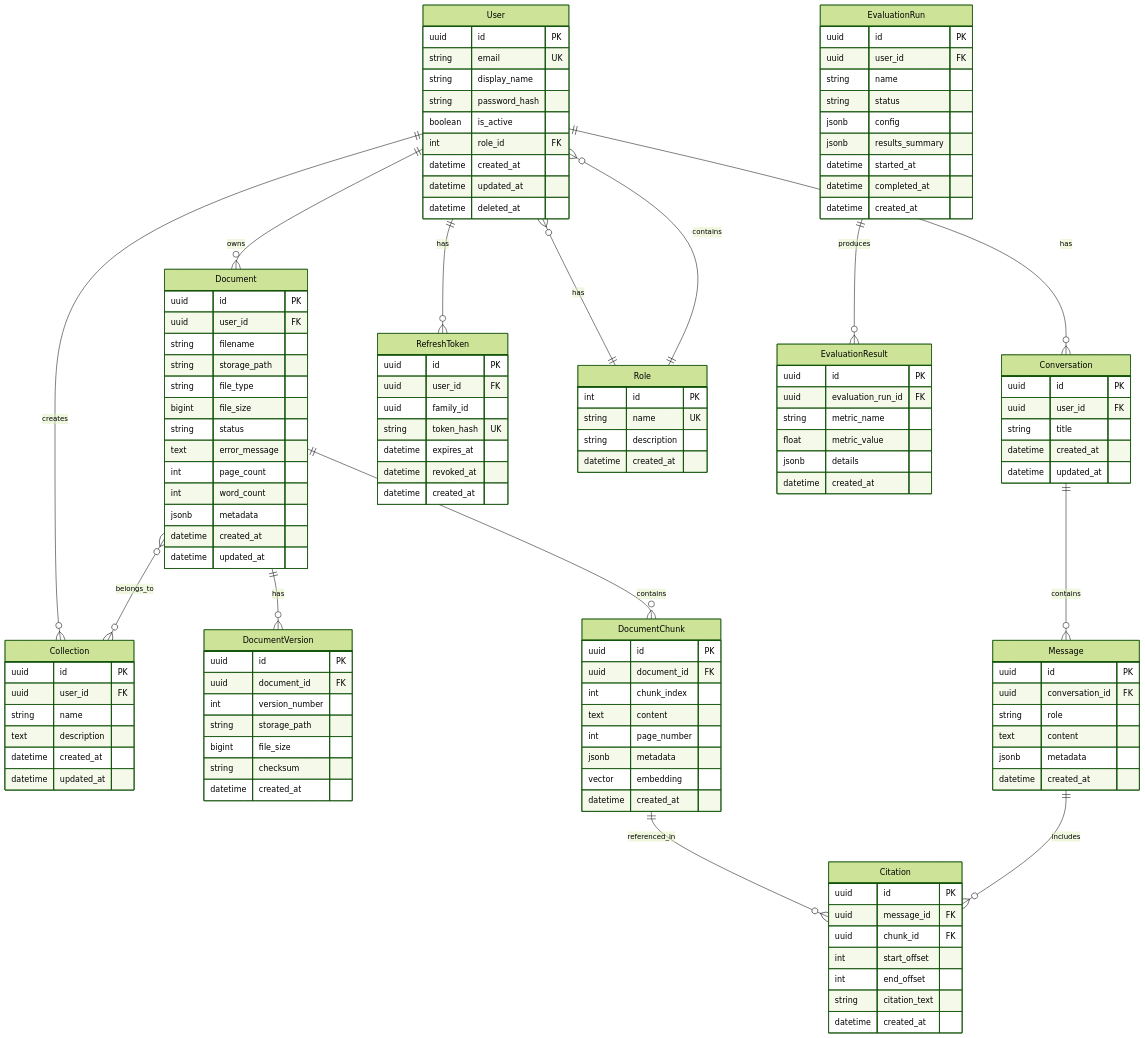
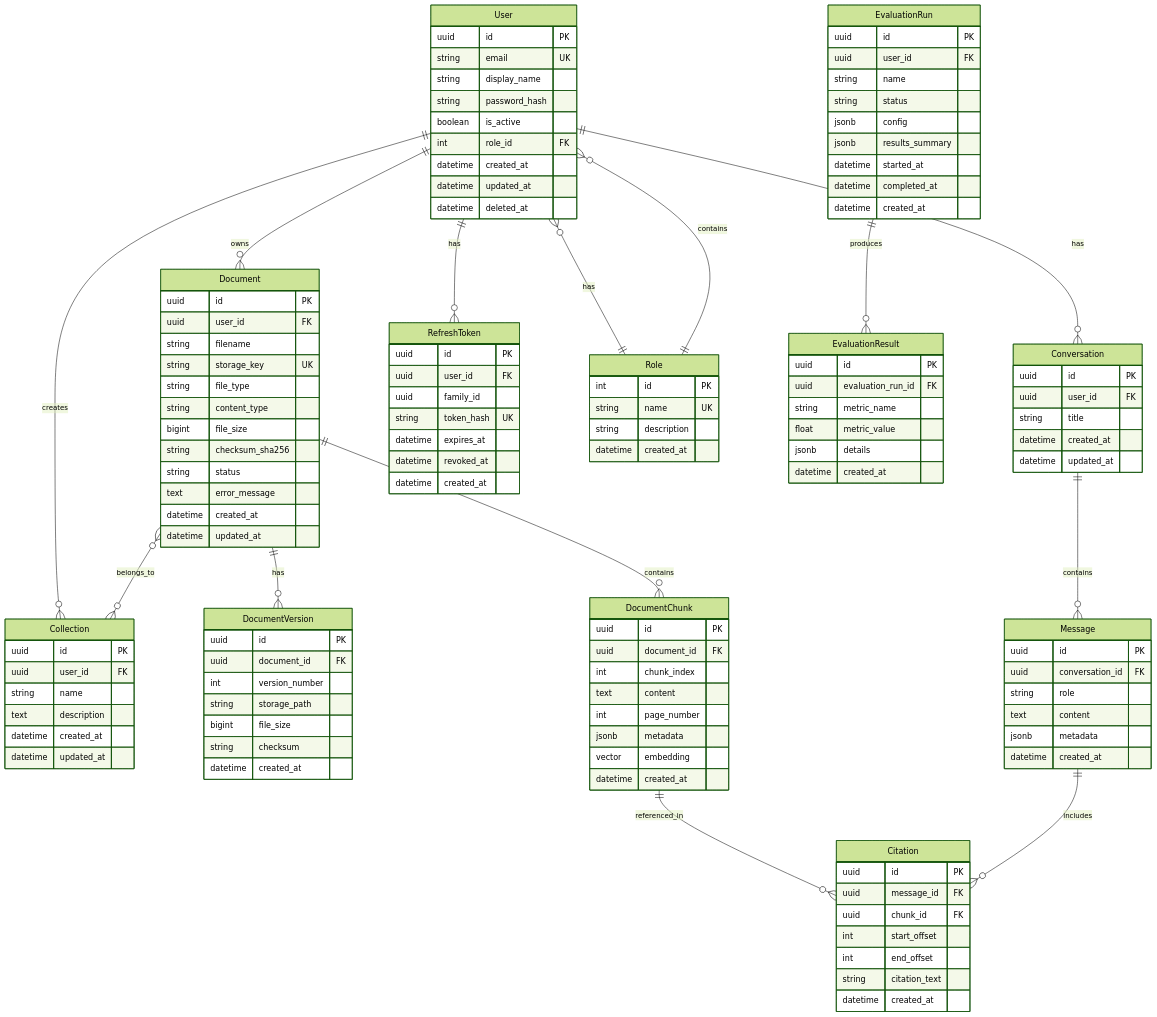
One commit to Jobayer-hasan-rifat/Rag changed the diagram in docs/04_DATABASE_SCHEMA.md. Above: the diagram before and after it, drawn with Mermaid (forest theme). The commit also changed other lines of this file and 59 other files, not shown here.

```diff
--- a/docs/04_DATABASE_SCHEMA.md
+++ b/docs/04_DATABASE_SCHEMA.md
@@ -69,18 +69,17 @@
         uuid id PK
         uuid user_id FK
         string filename
-        string storage_path
+        string storage_key UK
         string file_type
+        string content_type
         bigint file_size
+        string checksum_sha256
         string status
         text error_message
-        int page_count
-        int word_count
-        jsonb metadata
         datetime created_at
         datetime updated_at
     }
-    
+
     DocumentVersion {
         uuid id PK
         uuid document_id FK
```
